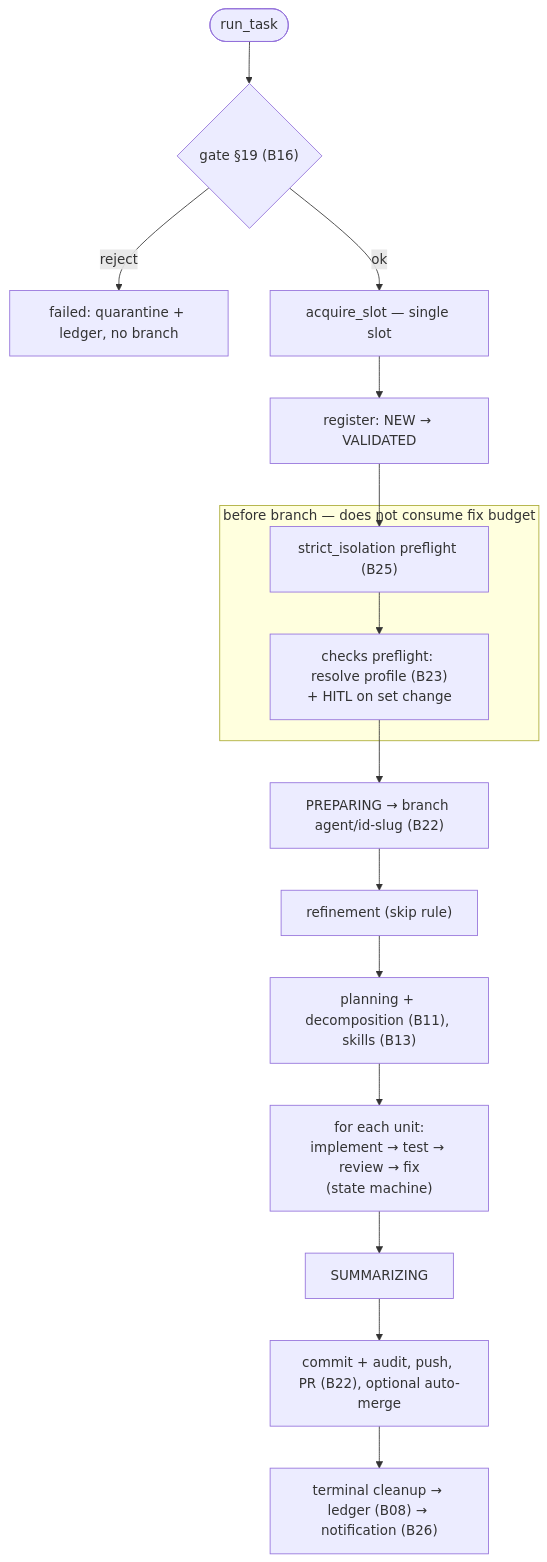
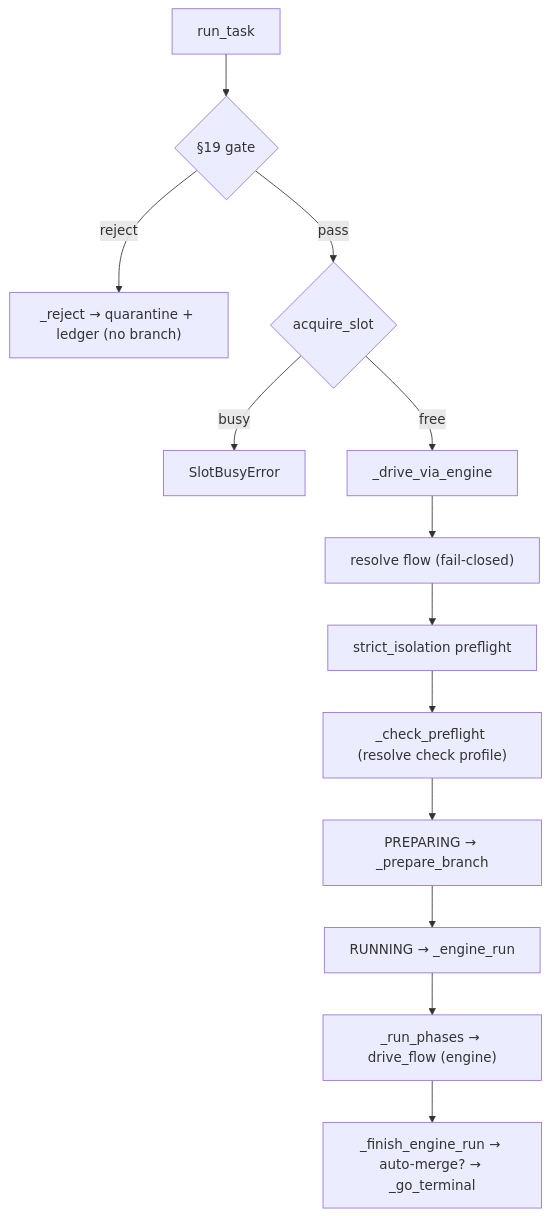
The diagram in docs/functional/blocks/B06-orchestrator-pipeline.md (VladimirMakarevich/wastech-orchestrator), drawn with Mermaid before and after one commit. The commit also changed other lines of this file and 261 other files, not shown here.

First line of the commit message:
flow engine p1 (#8)

````diff
--- a/docs/functional/blocks/B06-orchestrator-pipeline.md
+++ b/docs/functional/blocks/B06-orchestrator-pipeline.md
@@ -50,20 +29,15 @@
 ```mermaid
-flowchart TB
-    rt(["run_task"]) --> gate{"gate §19 (B16)"}
-    gate -->|reject| rej["failed: quarantine + ledger, no branch"]
-    gate -->|ok| slot["acquire_slot — single slot"]
-    slot --> reg["register: NEW → VALIDATED"]
-    reg --> iso
-
-    subgraph before["before branch — does not consume fix budget"]
-      iso["strict_isolation preflight (B25)"] --> chk["checks preflight: resolve profile (B23)<br/>+ HITL on set change"]
-    end
-
-    chk --> branch["PREPARING → branch agent/id-slug (B22)"]
-    branch --> refine["refinement (skip rule)"]
-    refine --> plan["planning + decomposition (B11), skills (B13)"]
-    plan --> units["for each unit:<br/>implement → test → review → fix<br/>(state machine)"]
-    units --> summ["SUMMARIZING"]
-    summ --> publish["commit + audit, push, PR (B22), optional auto-merge"]
-    publish --> term["terminal cleanup → ledger (B08) → notification (B26)"]
+flowchart TD
+    rt["run_task"] --> gate{"§19 gate"}
+    gate -->|reject| rej["_reject → quarantine + ledger (no branch)"]
+    gate -->|pass| slot{"acquire_slot"}
+    slot -->|busy| busy["SlotBusyError"]
+    slot -->|free| drive["_drive_via_engine"]
+    drive --> rflow["resolve flow (fail-closed)"]
+    rflow --> iso["strict_isolation preflight"]
+    iso --> pre["_check_preflight (resolve check profile)"]
+    pre --> prep["PREPARING → _prepare_branch"]
+    prep --> run["RUNNING → _engine_run"]
+    run --> phases["_run_phases → drive_flow (engine)"]
+    phases --> finish["_finish_engine_run → auto-merge? → _go_terminal"]
 ```
````
